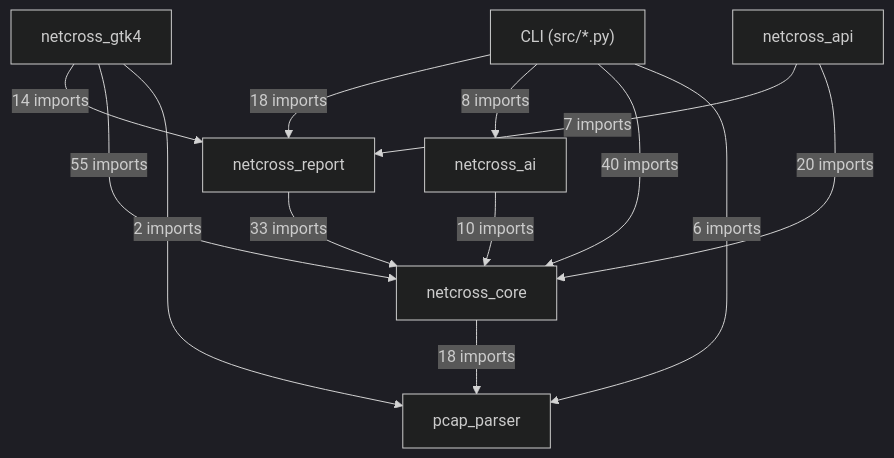
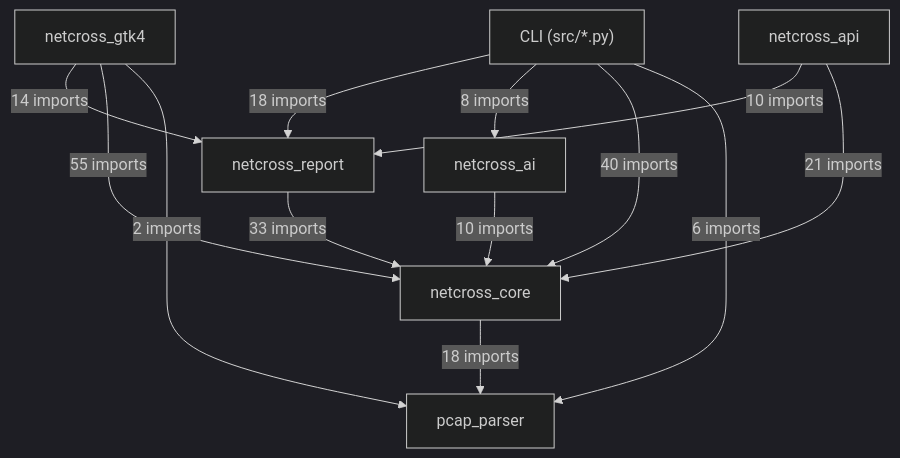
One commit to Mathide-Team/Netcross changed the first of 19 diagrams in docs/class-diagram.md. Above: the diagram before and after it, drawn with Mermaid (dark theme). The commit also changed other lines of this file and 2 other files, not shown here.

Commit message:
fix(#674): parite-surfaces, class-diagram, openapi après merge dev

````diff
--- a/docs/class-diagram.md
+++ b/docs/class-diagram.md
@@ -26,22 +26,22 @@
 ```mermaid
 flowchart TD
     CLI["CLI (src/*.py)"]
     netcross_gtk4["netcross_gtk4"]
     netcross_api["netcross_api"]
     netcross_report["netcross_report"]
     netcross_ai["netcross_ai"]
     netcross_core["netcross_core"]
     pcap_parser["pcap_parser"]
     CLI -->|"18 imports"| netcross_report
     CLI -->|"8 imports"| netcross_ai
     CLI -->|"40 imports"| netcross_core
     CLI -->|"6 imports"| pcap_parser
     netcross_gtk4 -->|"14 imports"| netcross_report
     netcross_gtk4 -->|"55 imports"| netcross_core
     netcross_gtk4 -->|"2 imports"| pcap_parser
-    netcross_api -->|"7 imports"| netcross_report
-    netcross_api -->|"20 imports"| netcross_core
+    netcross_api -->|"10 imports"| netcross_report
+    netcross_api -->|"21 imports"| netcross_core
     netcross_report -->|"33 imports"| netcross_core
     netcross_ai -->|"10 imports"| netcross_core
     netcross_core -->|"18 imports"| pcap_parser
 ```
````
